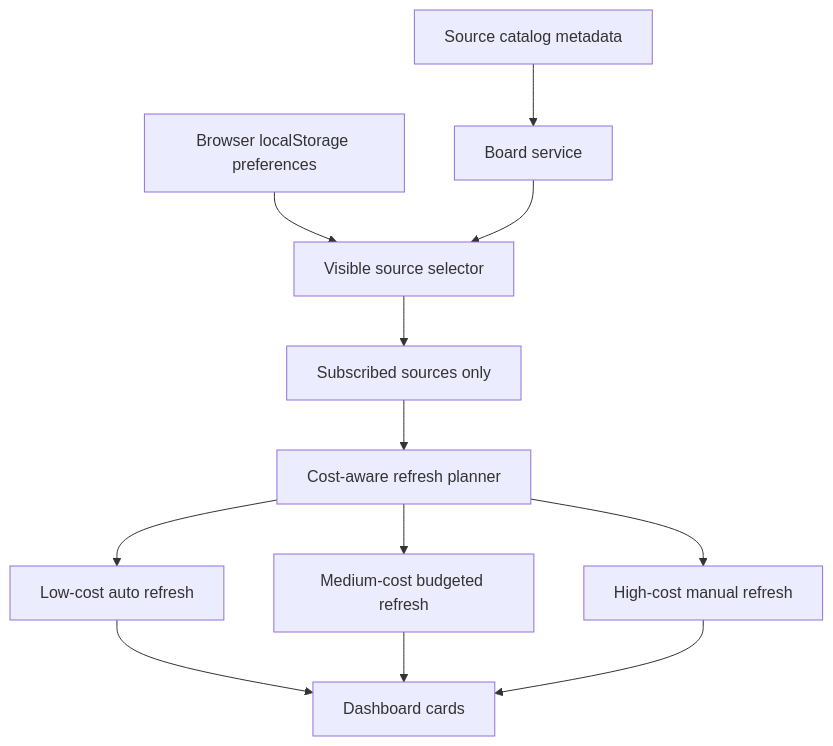
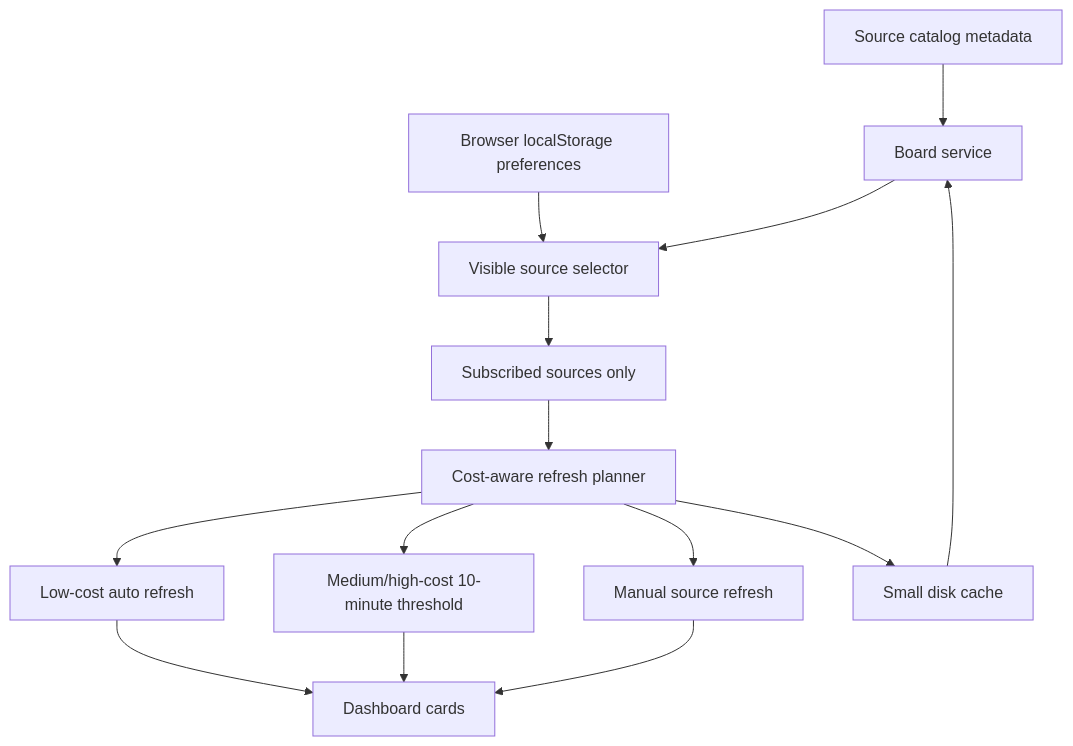
One commit to fanlingzhi1234/anyknews changed the diagram in docs/superpowers/specs/2026-05-09-v1.1-source-catalog-cost-control-design.md. Above: the diagram before and after it, drawn with Mermaid. The commit also changed other lines of this file, not shown here.

Commit message:
docs: refine v1.1 refresh cost rules

````diff
--- a/docs/superpowers/specs/2026-05-09-v1.1-source-catalog-cost-control-design.md
+++ b/docs/superpowers/specs/2026-05-09-v1.1-source-catalog-cost-control-design.md
@@ -166,14 +184,16 @@
 ```mermaid
 flowchart TD
   A["Source catalog metadata"] --> B["Board service"]
   C["Browser localStorage preferences"] --> D["Visible source selector"]
   B --> D
   D --> E["Subscribed sources only"]
   E --> F["Cost-aware refresh planner"]
   F --> G["Low-cost auto refresh"]
-  F --> H["Medium-cost budgeted refresh"]
-  F --> I["High-cost manual refresh"]
+  F --> H["Medium/high-cost 10-minute threshold"]
+  F --> I["Manual source refresh"]
   G --> J["Dashboard cards"]
   H --> J
   I --> J
+  K["Small disk cache"] --> B
+  F --> K
 ```
````
